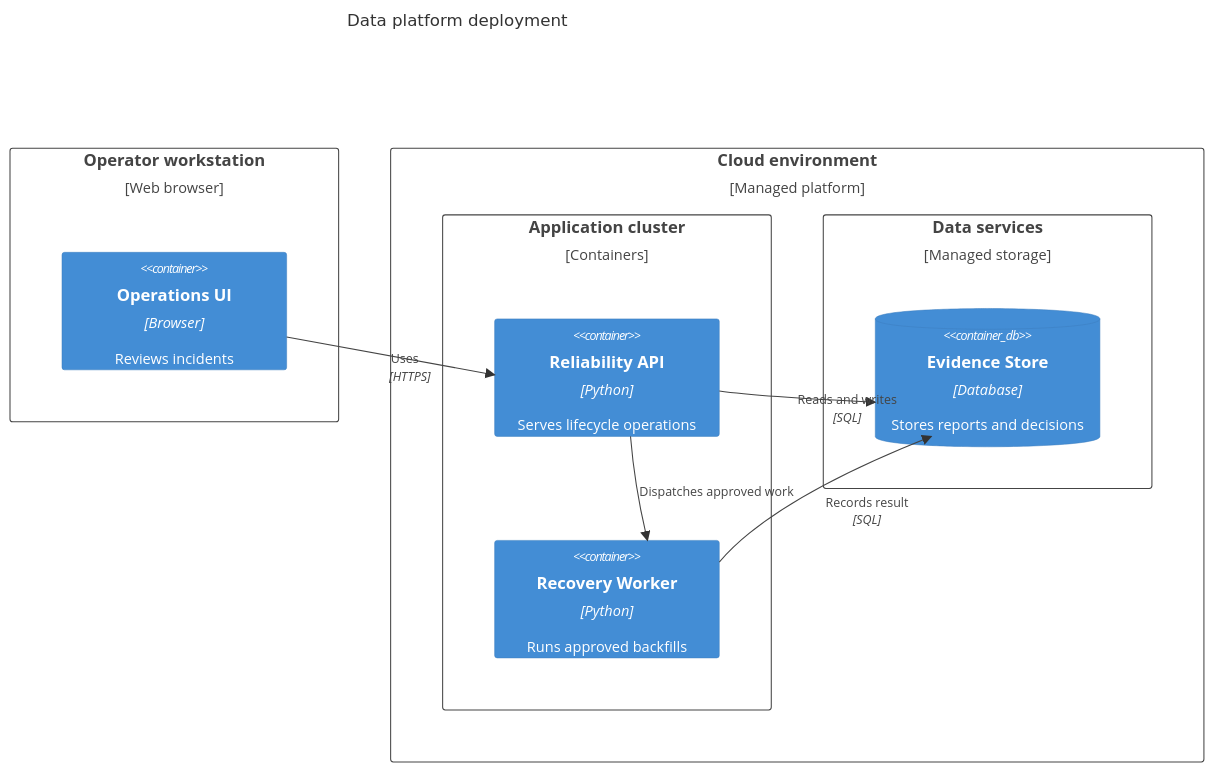
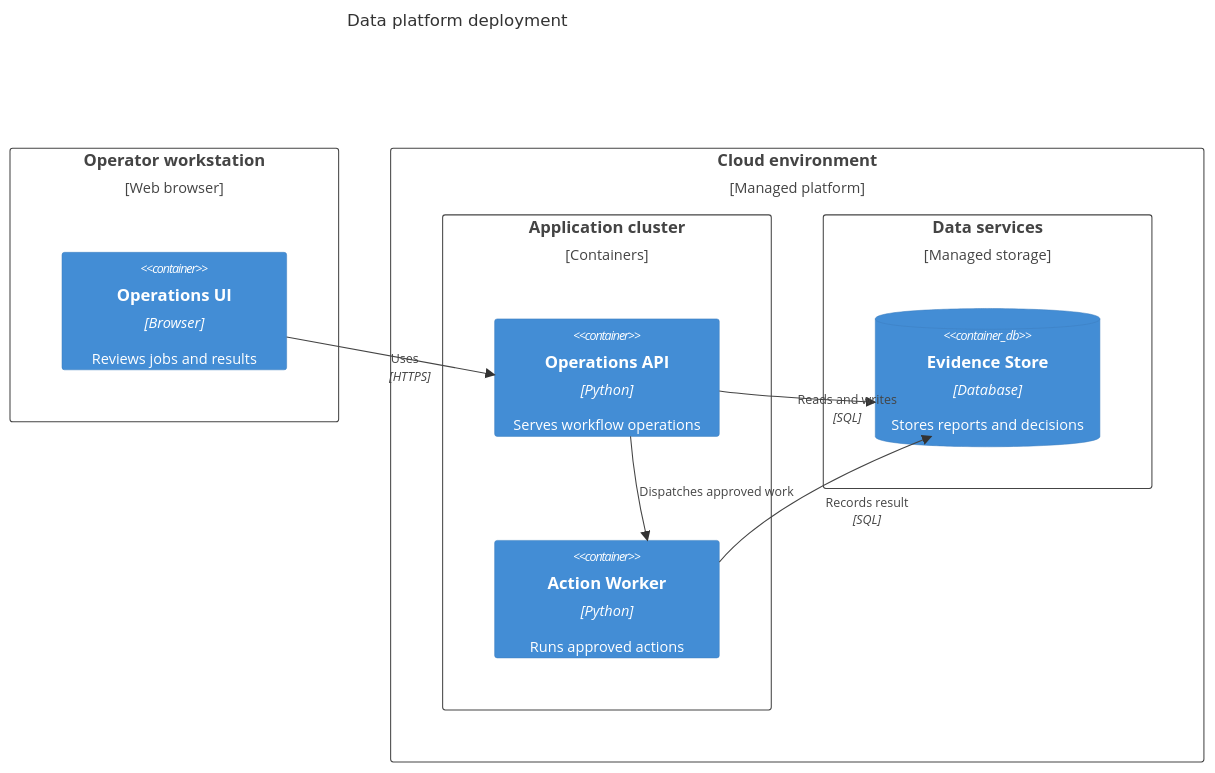
One commit to mols3131d/mols-agent-assets changed the sixth of 6 diagrams in src/rulesync/.rulesync/skills/mols-mermaid-diagram/references/examples/c4-context.md. Above: the diagram before and after it, drawn with Mermaid. The commit also changed other lines of this file and 7 other files, not shown here.

First line of the commit message:
fix: Mermaid diagram 스킬 책임 경계 개선 (#162)

````diff
--- a/src/rulesync/.rulesync/skills/mols-mermaid-diagram/references/examples/c4-context.md
+++ b/src/rulesync/.rulesync/skills/mols-mermaid-diagram/references/examples/c4-context.md
@@ -92,23 +92,23 @@
 ```mermaid
 C4Deployment
     title Data platform deployment
 
     Deployment_Node(client, "Operator workstation", "Web browser") {
-        Container(ui, "Operations UI", "Browser", "Reviews incidents")
+        Container(ui, "Operations UI", "Browser", "Reviews jobs and results")
     }
 
     Deployment_Node(cloud, "Cloud environment", "Managed platform") {
         Deployment_Node(apps, "Application cluster", "Containers") {
-            Container(api, "Reliability API", "Python", "Serves lifecycle operations")
-            Container(worker, "Recovery Worker", "Python", "Runs approved backfills")
+            Container(api, "Operations API", "Python", "Serves workflow operations")
+            Container(worker, "Action Worker", "Python", "Runs approved actions")
         }
         Deployment_Node(data, "Data services", "Managed storage") {
             ContainerDb(store, "Evidence Store", "Database", "Stores reports and decisions")
         }
     }
 
     Rel(ui, api, "Uses", "HTTPS")
     Rel(api, store, "Reads and writes", "SQL")
     Rel(api, worker, "Dispatches approved work")
     Rel(worker, store, "Records result", "SQL")
 ```
````
